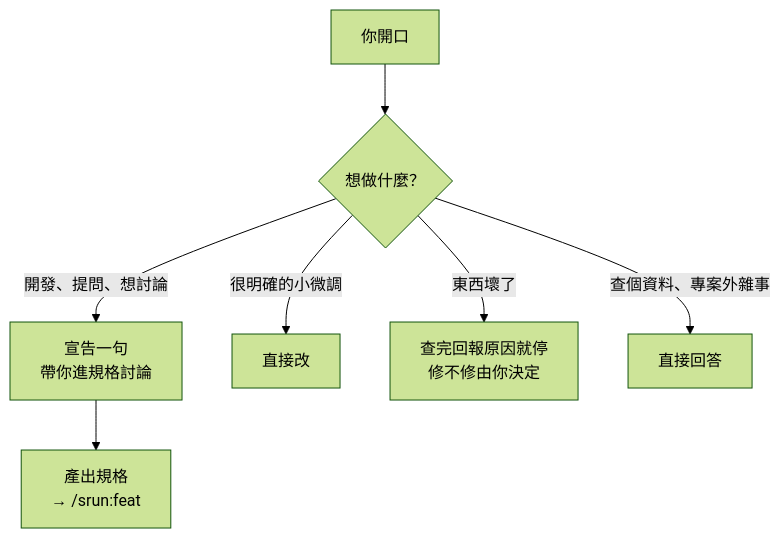
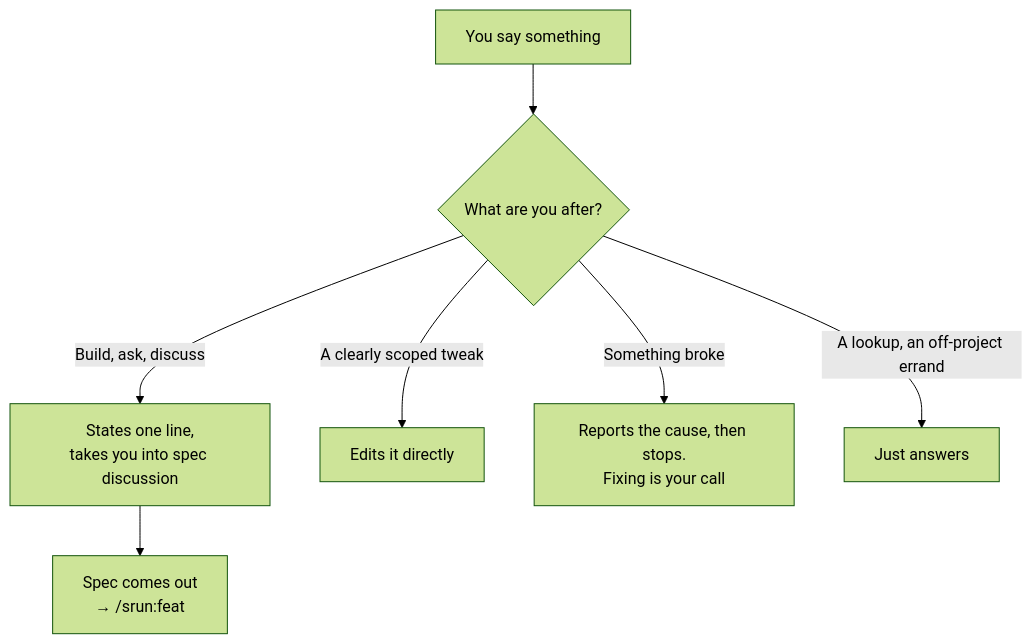
The first of 2 diagrams in README.md (jay123578951/specrun), drawn with Mermaid (forest theme) before and after one commit. The commit also changed other lines of this file and 3 other files, not shown here.

````diff
--- a/README.md
+++ b/README.md
@@ -18,8 +20,8 @@
 ```mermaid
 flowchart TD
-    U["你開口"] --> J{"想做什麼？"}
-    J -- "開發、提問、想討論" --> D["宣告一句<br/>帶你進規格討論"] --> P["產出規格<br/>→ /srun:feat"]
-    J -- "很明確的小微調" --> E["直接改"]
-    J -- "東西壞了" --> B["查完回報原因就停<br/>修不修由你決定"]
-    J -- "查個資料、專案外雜事" --> S["直接回答"]
+    U["You say something"] --> J{"What are you after?"}
+    J -- "Build, ask, discuss" --> D["States one line,<br/>takes you into spec discussion"] --> P["Spec comes out<br/>→ /srun:feat"]
+    J -- "A clearly scoped tweak" --> E["Edits it directly"]
+    J -- "Something broke" --> B["Reports the cause, then stops.<br/>Fixing is your call"]
+    J -- "A lookup, an off-project errand" --> S["Just answers"]
 ```
````
